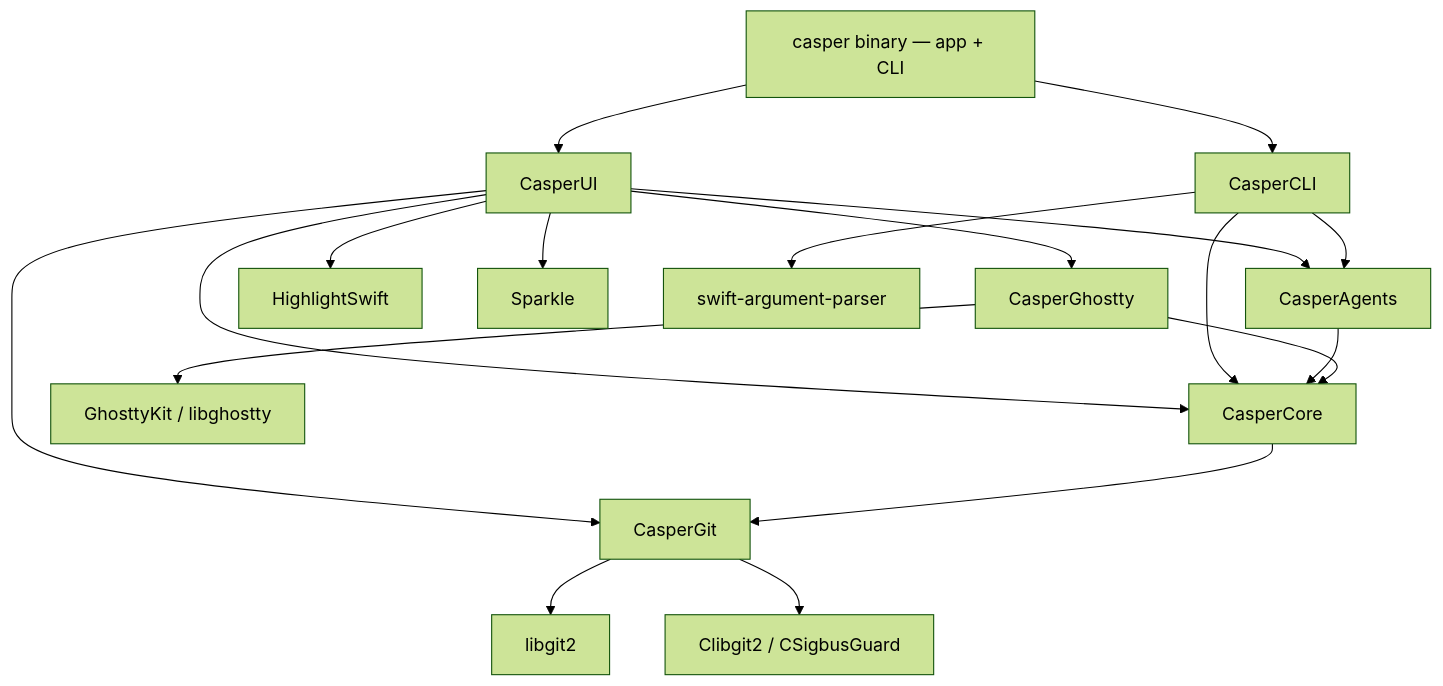
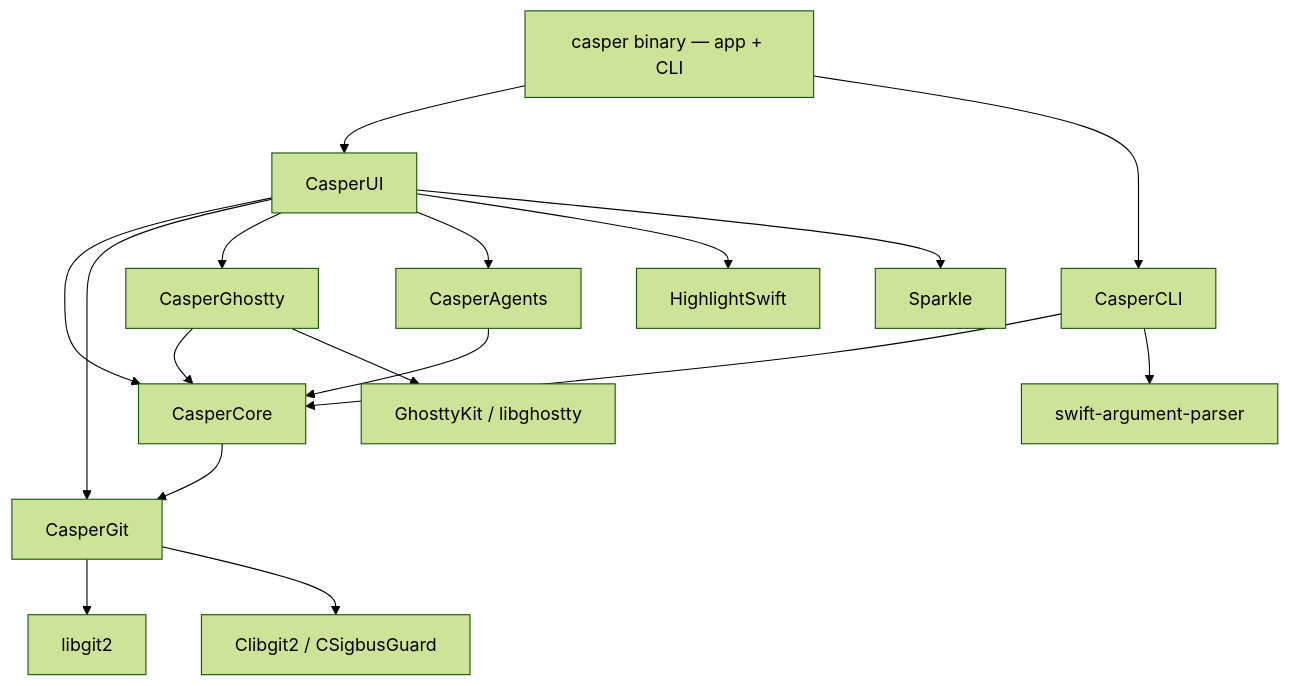
Before and after one commit to alexandreroman/casper: the diagram in README.md, drawn with Mermaid (forest theme).

Commit message:
Remove a module edge that does not exist
The mermaid graph drew `CLI --> Agents`. `CasperCLI` depends on `CasperCore` and
ArgumentParser, nothing else. The graph's other twelve edges are correct.

````diff
--- a/README.md
+++ b/README.md
@@ -342,20 +342,19 @@
 ```mermaid
 flowchart TD
     App[casper binary — app + CLI] --> UI[CasperUI]
     App --> CLI[CasperCLI]
     UI --> Core[CasperCore]
     UI --> Git[CasperGit]
     UI --> Ghostty[CasperGhostty]
     UI --> Agents[CasperAgents]
     UI --> HL[HighlightSwift]
     UI --> SP[Sparkle]
     CLI --> Core
-    CLI --> Agents
     CLI --> AP[swift-argument-parser]
     Agents --> Core
     Ghostty --> Core
     Ghostty --> GK[GhosttyKit / libghostty]
     Core --> Git
     Git --> LG[libgit2]
     Git --> Shims[Clibgit2 / CSigbusGuard]
 ```
````
